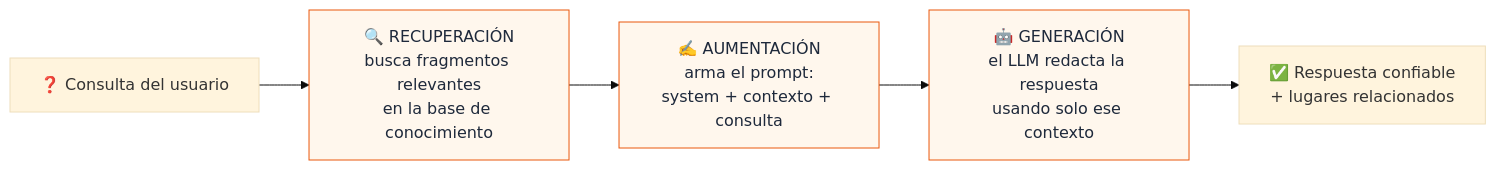
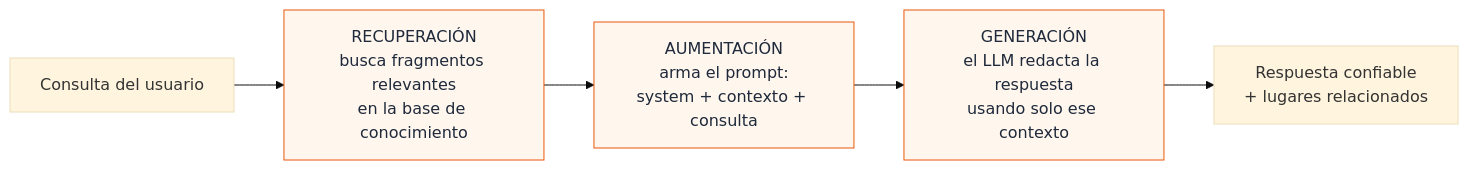
Before and after one commit to frank777ch/OndeSanMarcos: the first of 6 diagrams in documents/03-backend-rag.md, drawn with Mermaid (base theme). The commit also changed other lines of this file and 7 other files, not shown here.

````diff
--- a/documents/03-backend-rag.md
+++ b/documents/03-backend-rag.md
@@ -17,10 +17,10 @@
 ```mermaid
 graph LR
-    q["❓ Consulta del usuario"] --> r["🔍 RECUPERACIÓN<br/>busca fragmentos relevantes<br/>en la base de conocimiento"]
-    r --> a["✍️ AUMENTACIÓN<br/>arma el prompt:<br/>system + contexto + consulta"]
-    a --> g["🤖 GENERACIÓN<br/>el LLM redacta la respuesta<br/>usando solo ese contexto"]
-    g --> resp["✅ Respuesta confiable<br/>+ lugares relacionados"]
+    q["Consulta del usuario"] --> r["RECUPERACIÓN<br/>busca fragmentos relevantes<br/>en la base de conocimiento"]
+    r --> a["AUMENTACIÓN<br/>arma el prompt:<br/>system + contexto + consulta"]
+    a --> g["GENERACIÓN<br/>el LLM redacta la respuesta<br/>usando solo ese contexto"]
+    g --> resp["Respuesta confiable<br/>+ lugares relacionados"]
 
     classDef step fill:#fff7ed,stroke:#ea580c,color:#1e293b;
     class r,a,g step;
 ```
````
